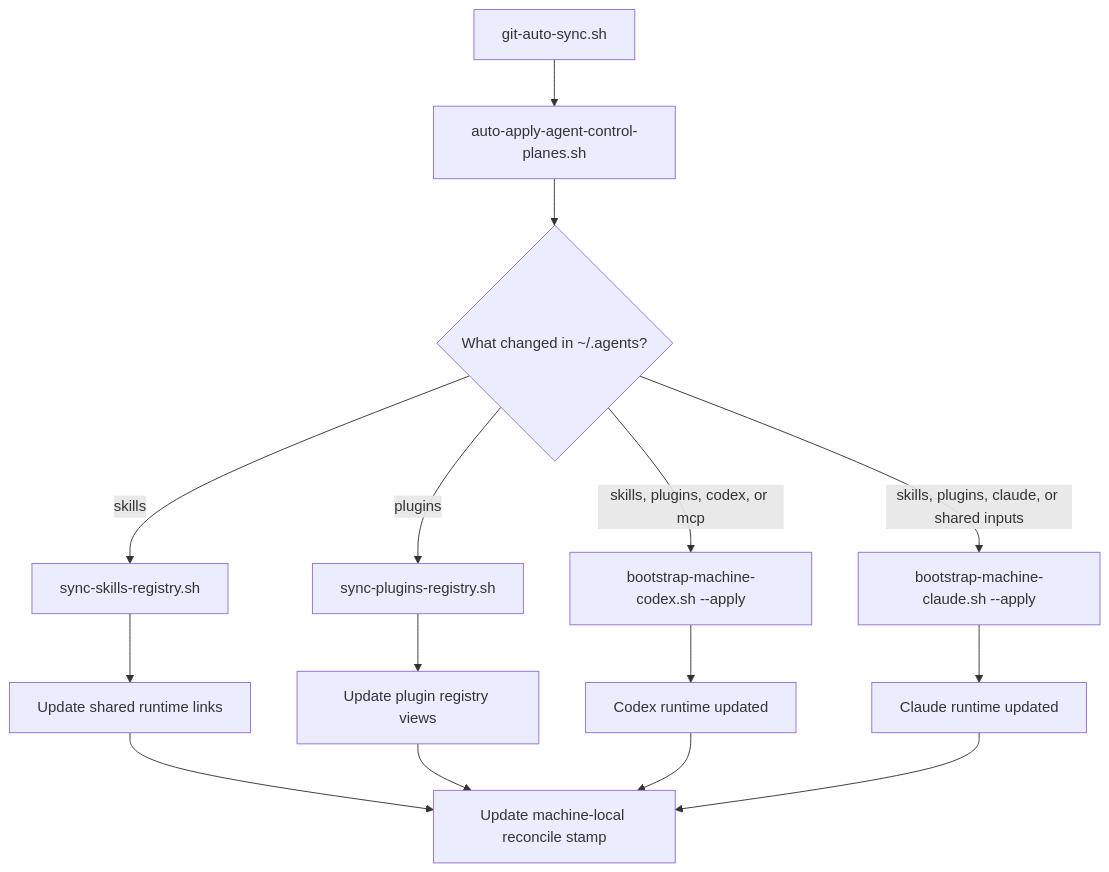
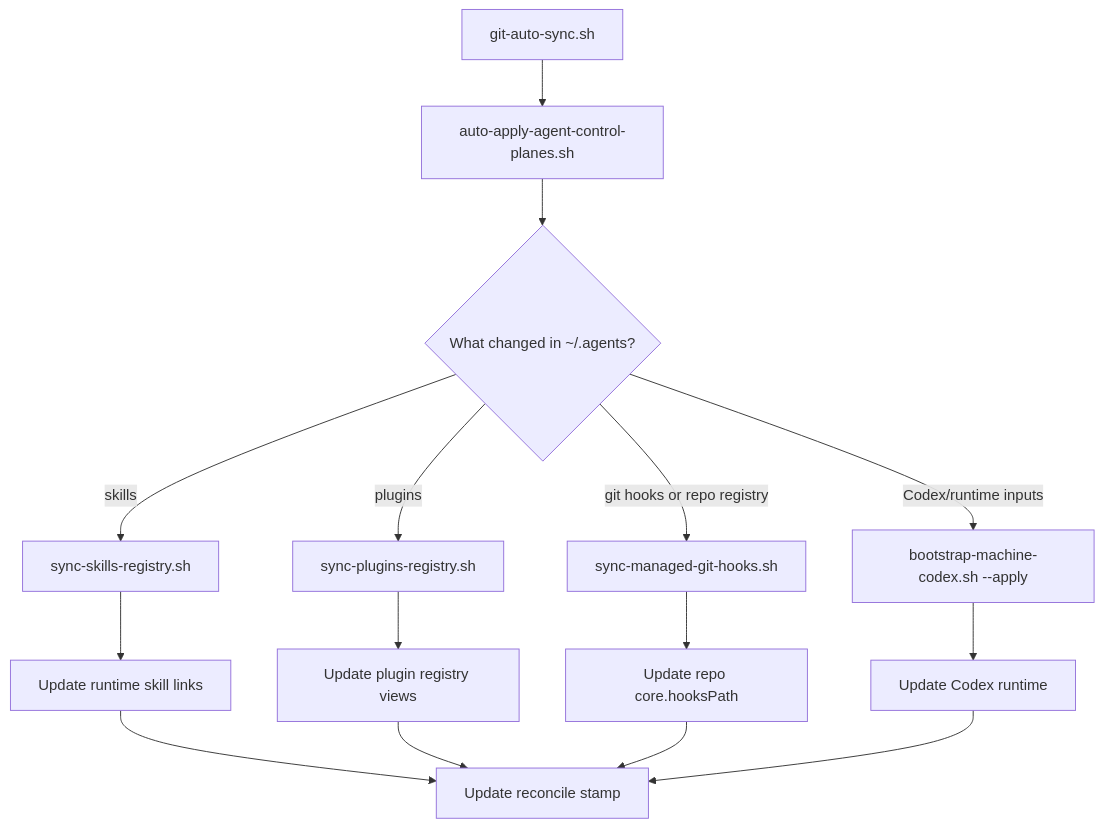
Before and after one commit to wisdom-in-a-nutshell/.agents: the second of 4 diagrams in docs/architecture/codex-control-plane-script-flows.md, drawn with Mermaid. The commit also changed other lines of this file and 165 other files, not shown here.

Commit message:
Make agent control plane Codex-only

````diff
--- a/docs/architecture/codex-control-plane-script-flows.md
+++ b/docs/architecture/codex-control-plane-script-flows.md
@@ -67,17 +42,17 @@
 ```mermaid
 flowchart TD
-    A[git-auto-sync.sh] --> B[auto-apply-agent-control-planes.sh]
-    B --> C{What changed in ~/.agents?}
-    C -->|skills| D[sync-skills-registry.sh]
-    C -->|plugins| P[sync-plugins-registry.sh]
-    C -->|skills, plugins, codex, or mcp| E[bootstrap-machine-codex.sh --apply]
-    C -->|skills, plugins, claude, or shared inputs| F[bootstrap-machine-claude.sh --apply]
-    D --> G[Update shared runtime links]
-    P --> G2[Update plugin registry views]
-    E --> H[Codex runtime updated]
-    F --> I[Claude runtime updated]
-    G --> J[Update machine-local reconcile stamp]
-    G2 --> J
-    H --> J
-    I --> J
+    A["git-auto-sync.sh"] --> B["auto-apply-agent-control-planes.sh"]
+    B --> C{"What changed in ~/.agents?"}
+    C -->|"skills"| D["sync-skills-registry.sh"]
+    C -->|"plugins"| E["sync-plugins-registry.sh"]
+    C -->|"git hooks or repo registry"| F["sync-managed-git-hooks.sh"]
+    C -->|"Codex/runtime inputs"| G["bootstrap-machine-codex.sh --apply"]
+    D --> H["Update runtime skill links"]
+    E --> I["Update plugin registry views"]
+    F --> J["Update repo core.hooksPath"]
+    G --> K["Update Codex runtime"]
+    H --> L["Update reconcile stamp"]
+    I --> L
+    J --> L
+    K --> L
 ```
````
